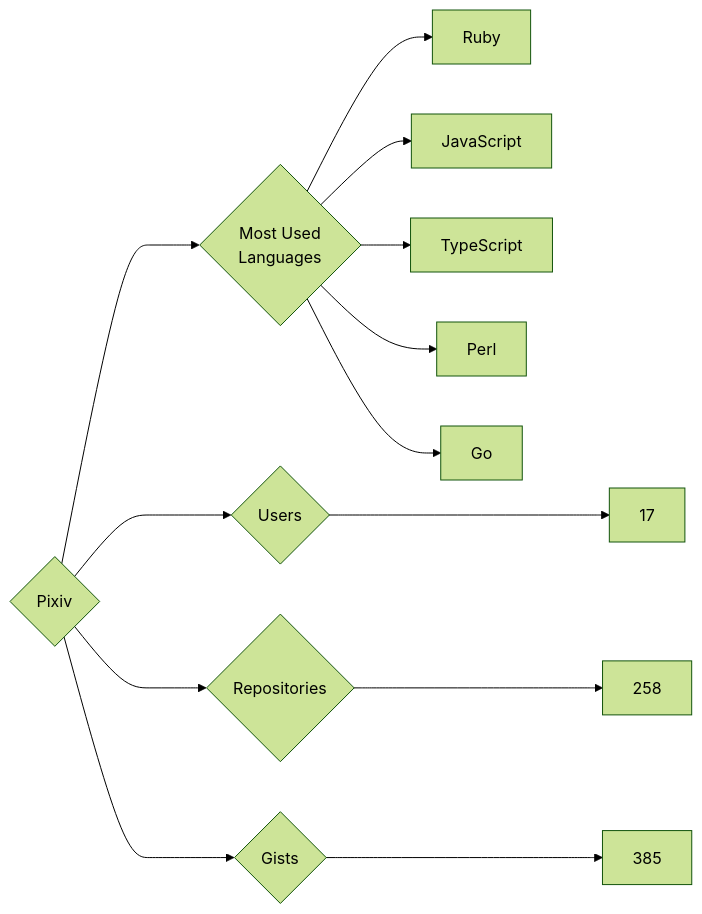
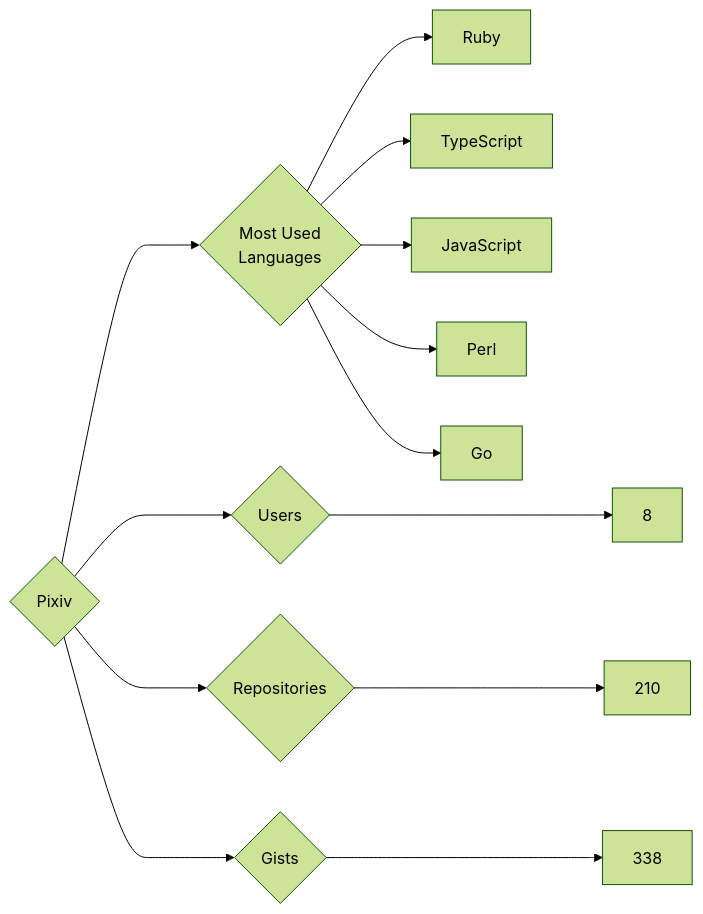
One commit to trickest/insiders changed the diagram in targets/Pixiv/README.md. Above: the diagram before and after it, drawn with Mermaid (forest theme). The commit also changed 815 other files, not shown here.

````diff
--- a/targets/Pixiv/README.md
+++ b/targets/Pixiv/README.md
@@ -3,13 +3,13 @@
 ```mermaid
 graph LR
 COMPANY_NAME{Pixiv}
-COMPANY_NAME ---> U{Users} ---> UN[17]
-COMPANY_NAME ---> R{Repositories} ---> RN[258]
-COMPANY_NAME ---> G{Gists} ---> GN[385]
+COMPANY_NAME ---> U{Users} ---> UN[8]
+COMPANY_NAME ---> R{Repositories} ---> RN[210]
+COMPANY_NAME ---> G{Gists} ---> GN[338]
 COMPANY_NAME ---> ML{Most Used<br>Languages}
 ML --> Ruby[Ruby]
+ML --> TypeScript[TypeScript]
 ML --> JavaScript[JavaScript]
-ML --> TypeScript[TypeScript]
 ML --> Perl[Perl]
 ML --> Go[Go]
 ```
````
